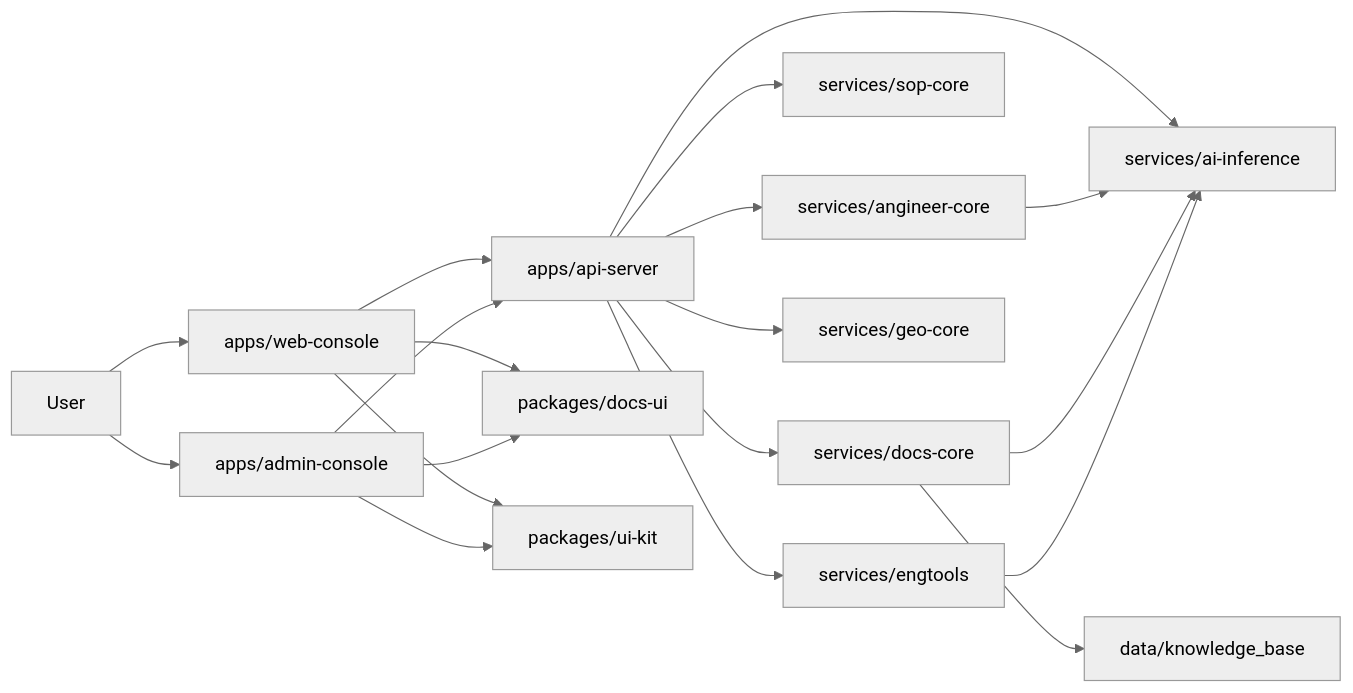
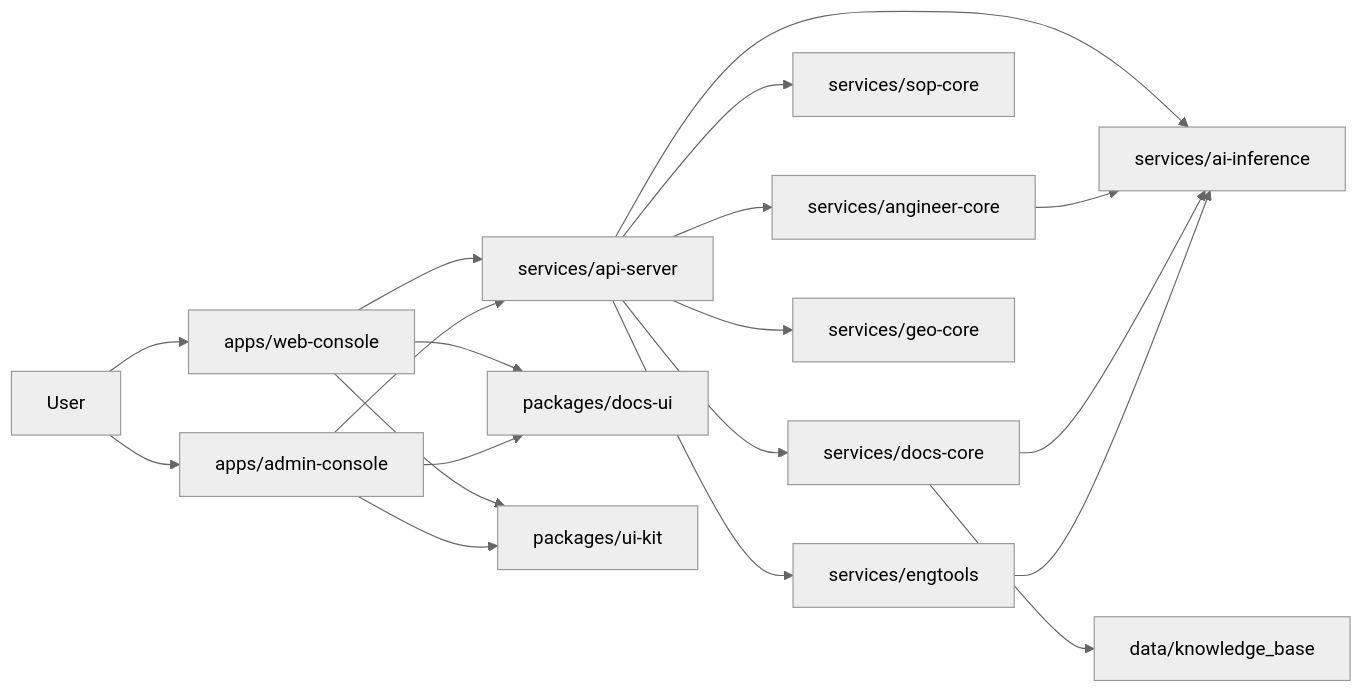
Before and after one commit to 0mao0/AnGIneer: the first of 2 diagrams in README.md, drawn with Mermaid (neutral theme). The commit also changed other lines of this file and 29 other files, not shown here.

First line of the commit message:
refactor(api-server): move api-server from apps to services directory

````diff
--- a/README.md
+++ b/README.md
@@ -29,35 +29,35 @@
 ```mermaid
 flowchart LR
   User["User"]
   Web["apps/web-console"]
   Admin["apps/admin-console"]
-  Api["apps/api-server"]
+  Api["services/api-server"]
   DocsUI["packages/docs-ui"]
   UIKit["packages/ui-kit"]
   AI["services/ai-inference"]
   Agent["services/angineer-core"]
   SOP["services/sop-core"]
   Docs["services/docs-core"]
   Geo["services/geo-core"]
   Tools["services/engtools"]
   Data["data/knowledge_base"]
 
   User --> Web
   User --> Admin
   Web --> DocsUI
   Admin --> DocsUI
   Web --> UIKit
   Admin --> UIKit
   Web --> Api
   Admin --> Api
   Api --> AI
   Api --> Agent
   Api --> SOP
   Api --> Docs
   Api --> Geo
   Api --> Tools
   Agent --> AI
   Docs --> AI
   Tools --> AI
   Docs --> Data
 ```
````
